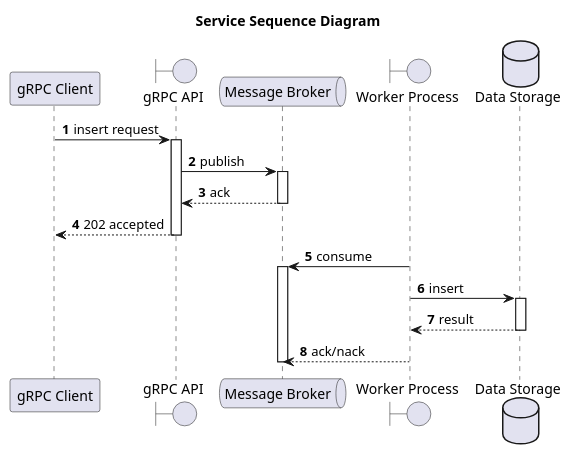
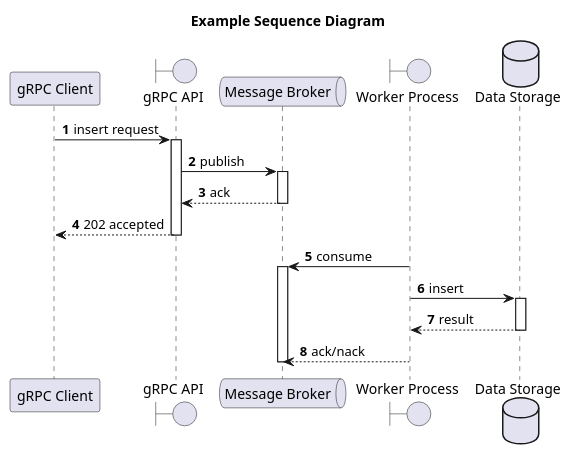
The diagram in _design/sequence-diagram.puml (twistingmercury/go-basic-tmpl), drawn with PlantUML before and after one commit. The commit also changed 22 other files, not shown here.

```diff
--- a/_design/sequence-diagram.puml
+++ b/_design/sequence-diagram.puml
@@ -2,29 +2,29 @@
-@startuml service sequence diagram 
-title  "Service Sequence Diagram"
+@startuml example sequence diagram 
+title  "Example Sequence Diagram"
 autonumber
 
 participant "gRPC Client" as c
 boundary "gRPC API" as a
 queue "Message Broker" as b
 boundary "Worker Process" as w
 database "Data Storage" as d
 
 c -> a ++: insert request
 a -> b ++: publish
 b --> a: ack
 deactivate b
 
 a --> c: 202 accepted
 deactivate a
 
 w -> b ++: consume
 w -> d ++: insert
 d --> w: result
 deactivate d
 
 w --> b: ack/nack
 deactivate b
 
  
 
 @enduml
```
